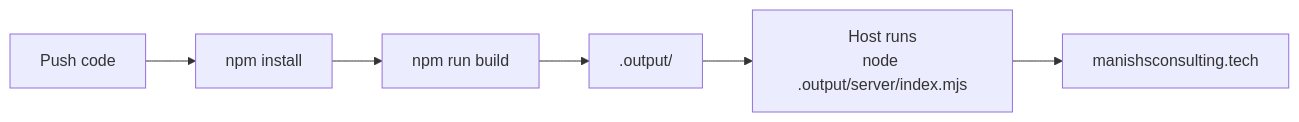
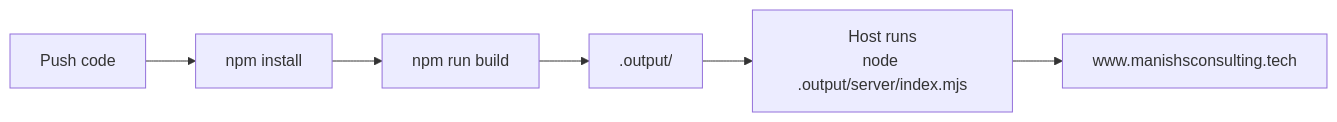
Before and after one commit to ManishSharma-31/ManishSConsulting: the fifth of 5 diagrams in README.md, drawn with Mermaid. The commit also changed other lines of this file and 5 other files, not shown here.

````diff
--- a/README.md
+++ b/README.md
@@ -203,8 +203,8 @@
 ```mermaid
 flowchart LR
     A["Push code"] --> B["npm install"]
     B --> C["npm run build"]
     C --> D[".output/"]
     D --> E["Host runs<br/>node .output/server/index.mjs"]
-    E --> F["manishsconsulting.tech"]
+    E --> F["www.manishsconsulting.tech"]
 ```
````
